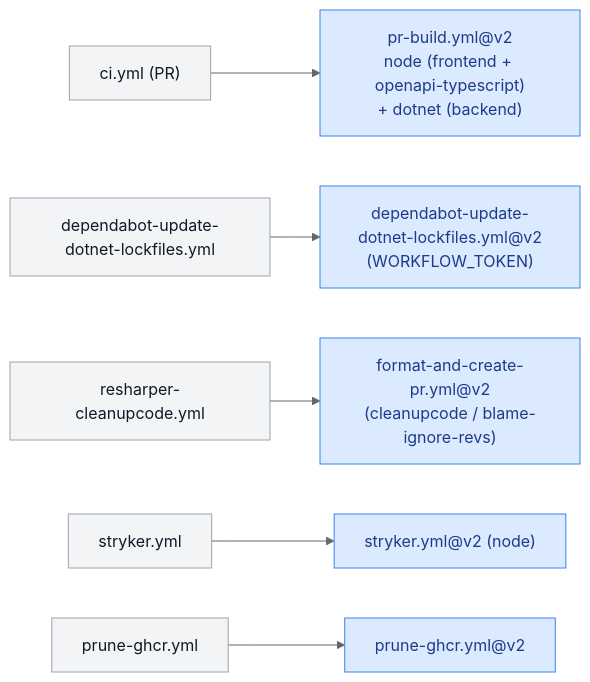
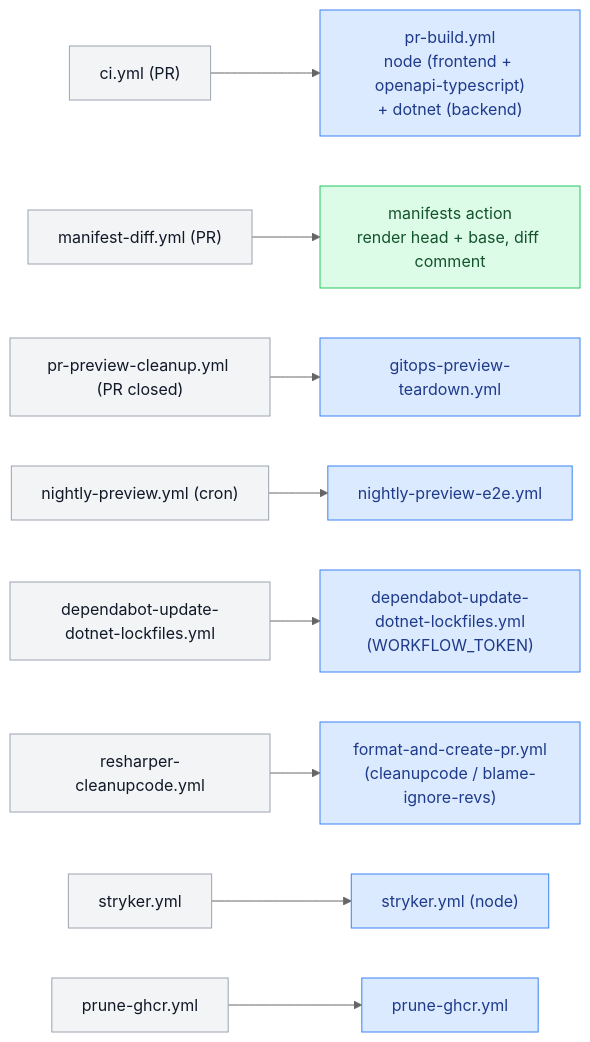
One commit to hwinther/reusable-workflows changed diagram 12 of 14 in docs/consumer-topologies.md. Above: the diagram before and after it, drawn with Mermaid (neutral theme). The commit also changed other lines of this file, not shown here.

````diff
--- a/docs/consumer-topologies.md
+++ b/docs/consumer-topologies.md
@@ -317,10 +320,14 @@
 ```mermaid
 flowchart LR
-  ci["ci.yml (PR)"]:::cj --> prb["pr-build.yml@v2<br/>node (frontend + openapi-typescript)<br/>+ dotnet (backend)"]:::rw
-  dl["dependabot-update-dotnet-lockfiles.yml"]:::cj --> dlr["dependabot-update-dotnet-lockfiles.yml@v2<br/>(WORKFLOW_TOKEN)"]:::rw
-  rs["resharper-cleanupcode.yml"]:::cj --> rsr["format-and-create-pr.yml@v2<br/>(cleanupcode / blame-ignore-revs)"]:::rw
-  st["stryker.yml"]:::cj --> str["stryker.yml@v2 (node)"]:::rw
-  pg["prune-ghcr.yml"]:::cj --> pgr["prune-ghcr.yml@v2"]:::rw
+  ci["ci.yml (PR)"]:::cj --> prb["pr-build.yml<br/>node (frontend + openapi-typescript)<br/>+ dotnet (backend)"]:::rw
+  md["manifest-diff.yml (PR)"]:::cj --> mda["manifests action<br/>render head + base, diff comment"]:::ca
+  cl["pr-preview-cleanup.yml (PR closed)"]:::cj --> clr["gitops-preview-teardown.yml"]:::rw
+  np["nightly-preview.yml (cron)"]:::cj --> npr["nightly-preview-e2e.yml"]:::rw
+  dl["dependabot-update-dotnet-lockfiles.yml"]:::cj --> dlr["dependabot-update-dotnet-lockfiles.yml<br/>(WORKFLOW_TOKEN)"]:::rw
+  rs["resharper-cleanupcode.yml"]:::cj --> rsr["format-and-create-pr.yml<br/>(cleanupcode / blame-ignore-revs)"]:::rw
+  st["stryker.yml"]:::cj --> str["stryker.yml (node)"]:::rw
+  pg["prune-ghcr.yml"]:::cj --> pgr["prune-ghcr.yml"]:::rw
   classDef cj fill:#f3f4f6,stroke:#9ca3af,color:#111827
   classDef rw fill:#dbeafe,stroke:#3b82f6,color:#1e3a8a
+  classDef ca fill:#dcfce7,stroke:#22c55e,color:#14532d
 ```
````
